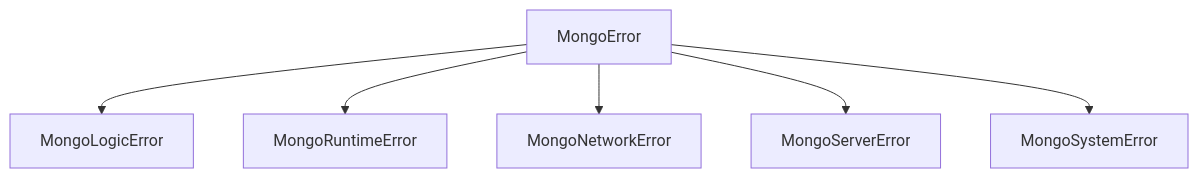
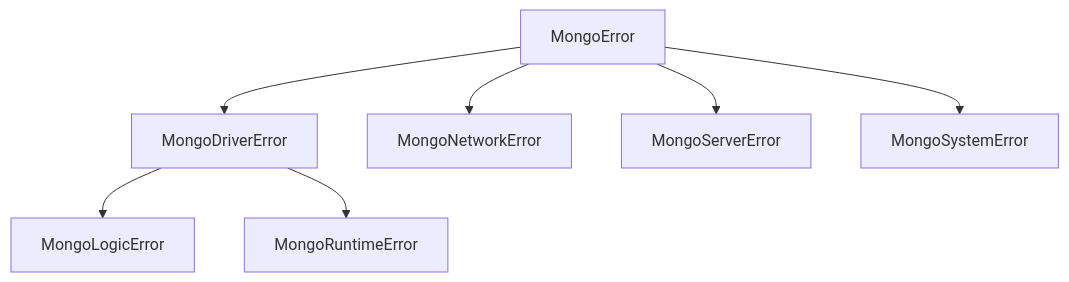
One commit to mongodb/node-mongodb-native changed the diagram in docs/charts/mermaid/MongoError.mmd. Above: the diagram before and after it, drawn with Mermaid. The commit also changed other lines of this file and 6 other files, not shown here.

Commit message:
docs: Fix spelling errors and update diagrams(wip)

```diff
--- a/docs/charts/mermaid/MongoError.mmd
+++ b/docs/charts/mermaid/MongoError.mmd
@@ -1,6 +1,7 @@
 graph TD
-    MongoError --> MongoLogicError
-    MongoError --> MongoRuntimeError
+    MongoError --> MongoDriverError
     MongoError --> MongoNetworkError
     MongoError --> MongoServerError
     MongoError --> MongoSystemError
+    MongoDriverError --> MongoLogicError
+    MongoDriverError --> MongoRuntimeError
```
